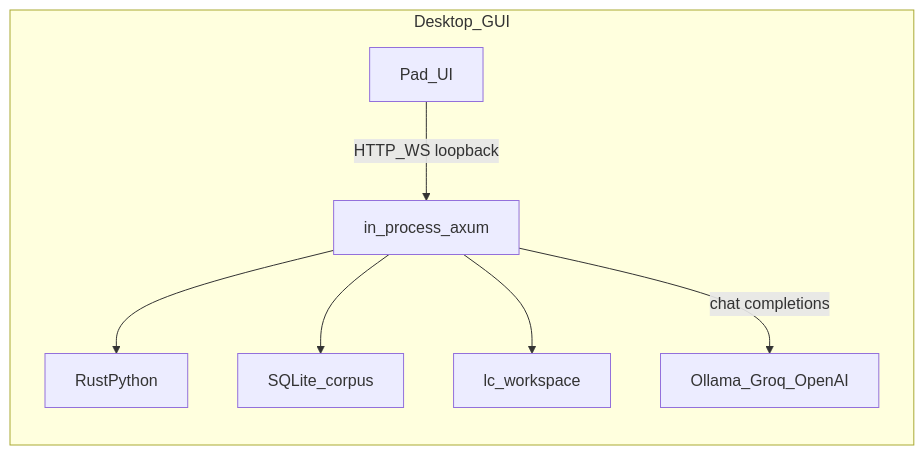
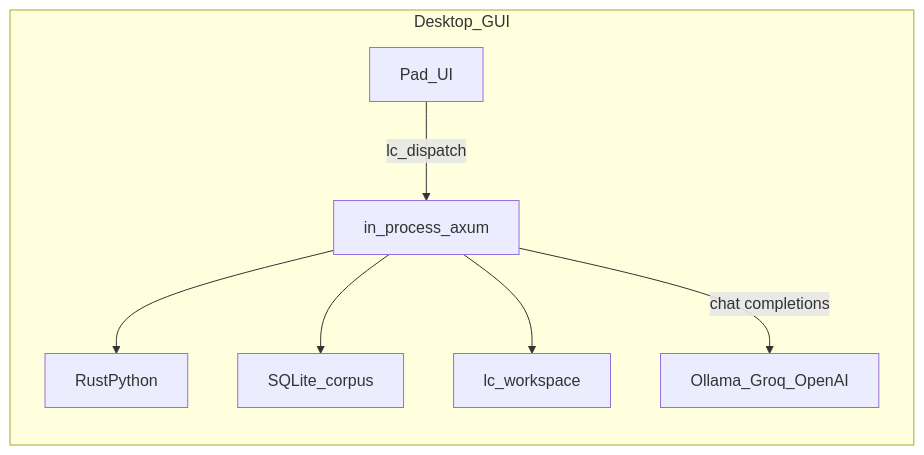
The first of 2 diagrams in README.md (amittenak47/lc-gui-tui), drawn with Mermaid before and after one commit. The commit also changed other lines of this file and 20 other files, not shown here.

````diff
--- a/README.md
+++ b/README.md
@@ -173,15 +174,15 @@
 ```mermaid
 flowchart LR
   subgraph gui [Desktop_GUI]
     UI[Pad_UI]
     Axum[in_process_axum]
     RP[RustPython]
     Corpus[SQLite_corpus]
     WS[lc_workspace]
-    UI -->|"HTTP_WS loopback"| Axum
+    UI -->|"lc_dispatch"| Axum
     Axum --> RP
     Axum --> Corpus
     Axum --> WS
     Axum -->|"chat completions"| LLM[Ollama_Groq_OpenAI]
   end
 ```
````
